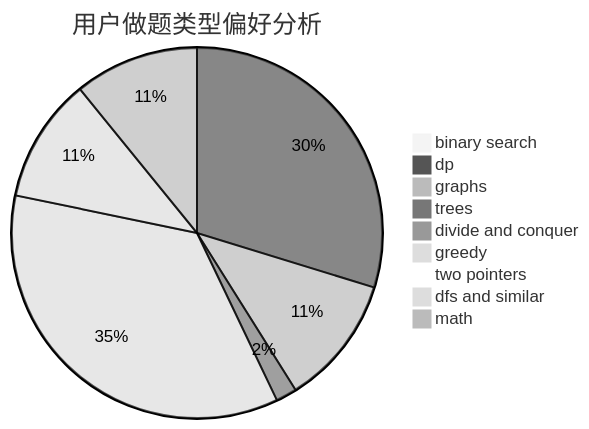
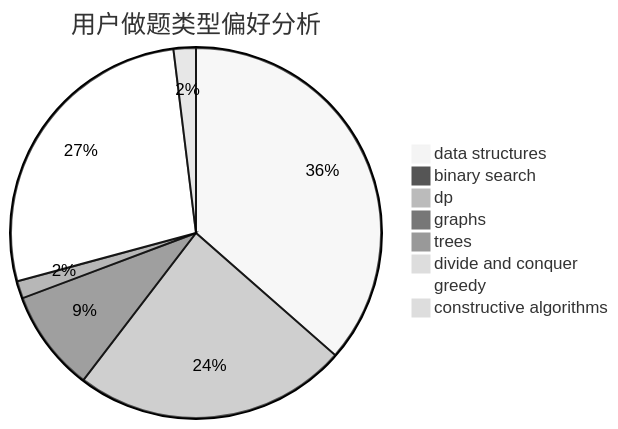
One commit to sherpahu/cfrs.github.io changed the second of 3 diagrams in docs/user/u615.md. Above: the diagram before and after it, drawn with Mermaid (neutral theme). The commit also changed other lines of this file and 2775 other files, not shown here.

````diff
--- a/docs/user/u615.md
+++ b/docs/user/u615.md
@@ -23,12 +23,11 @@
 ```mermaid
 pie title 用户做题类型偏好分析
+    "data structures" :  768
     "binary search" :  6
-    "dp" :  520
-    "graphs" :  198
+    "dp" :  504
+    "graphs" :  187
     "trees" :  32
     "divide and conquer" :  0
-    "greedy" :  618
-    "two pointers" :  0
-    "dfs and similar" :  190
-    "math" :  190
+    "greedy" :  574
+    "constructive algorithms" :  41
 ```
````
